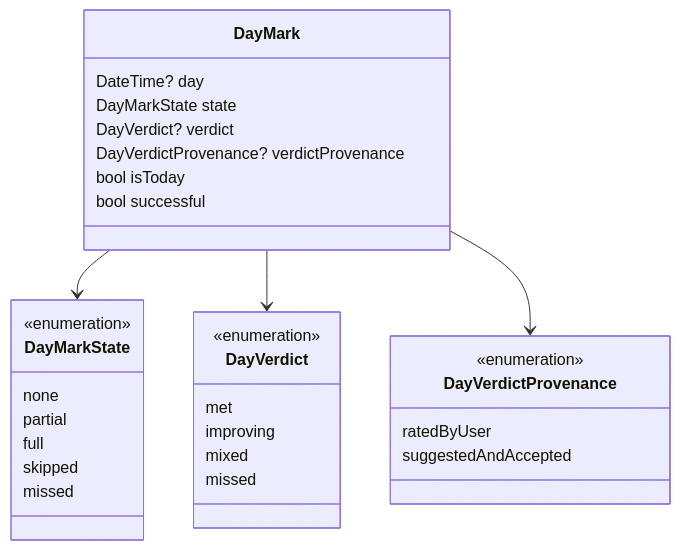
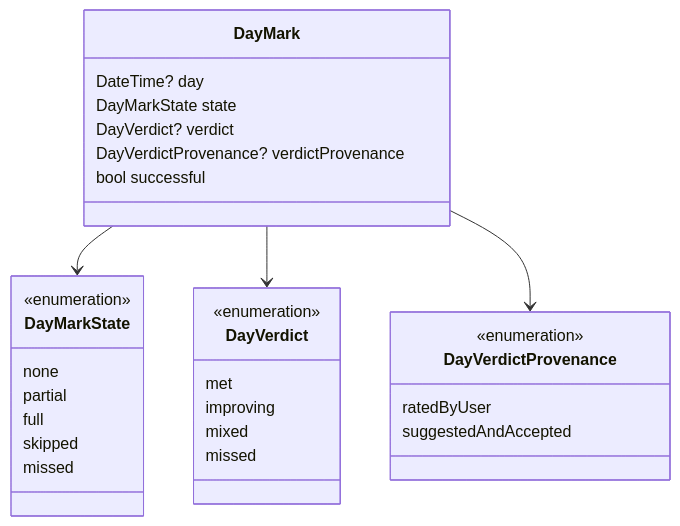
One commit to matthiasn/lotti changed the first of 3 diagrams in knowledge/architecture/day-indicators.md. Above: the diagram before and after it, drawn with Mermaid. The commit also changed other lines of this file and 30 other files, not shown here.

````diff
--- a/knowledge/architecture/day-indicators.md
+++ b/knowledge/architecture/day-indicators.md
@@ -38,34 +40,33 @@
 ```mermaid
 classDiagram
   class DayMark {
     DateTime? day
     DayMarkState state
     DayVerdict? verdict
     DayVerdictProvenance? verdictProvenance
-    bool isToday
     bool successful
   }
   class DayMarkState {
     <<enumeration>>
     none
     partial
     full
     skipped
     missed
   }
   class DayVerdict {
     <<enumeration>>
     met
     improving
     mixed
     missed
   }
   class DayVerdictProvenance {
     <<enumeration>>
     ratedByUser
     suggestedAndAccepted
   }
   DayMark --> DayMarkState
   DayMark --> DayVerdict
   DayMark --> DayVerdictProvenance
 ```
````
